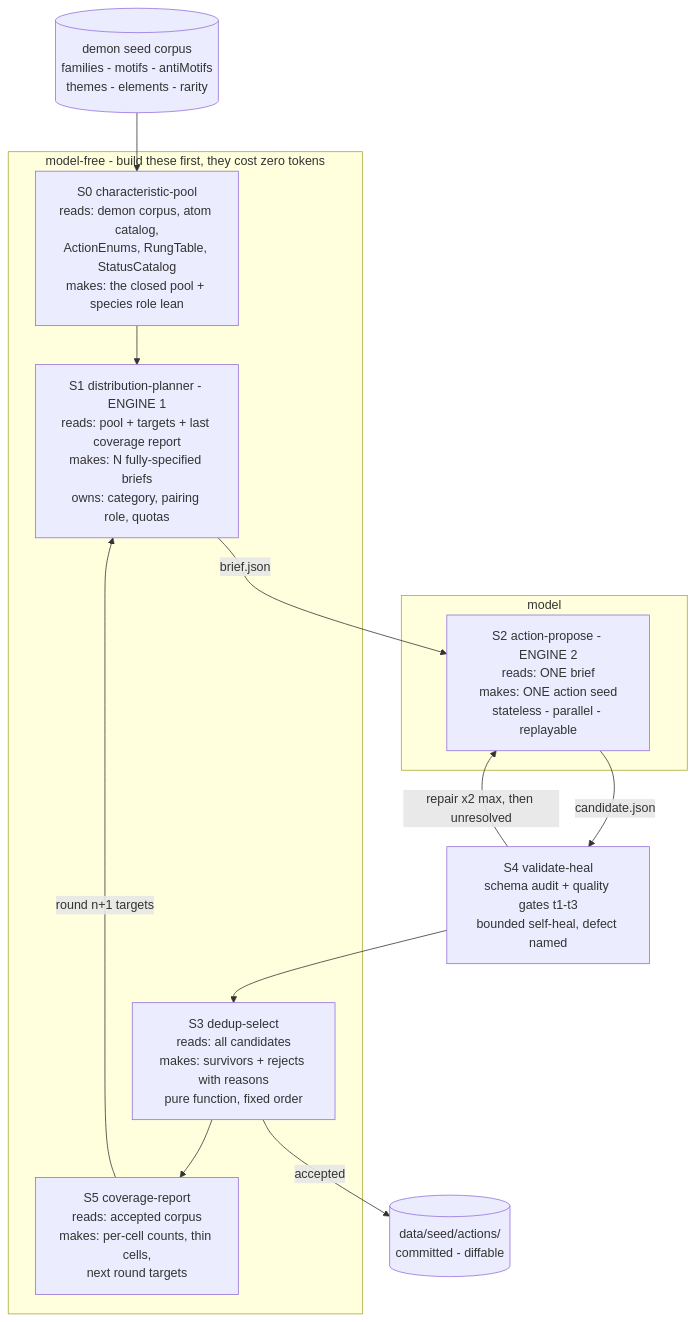
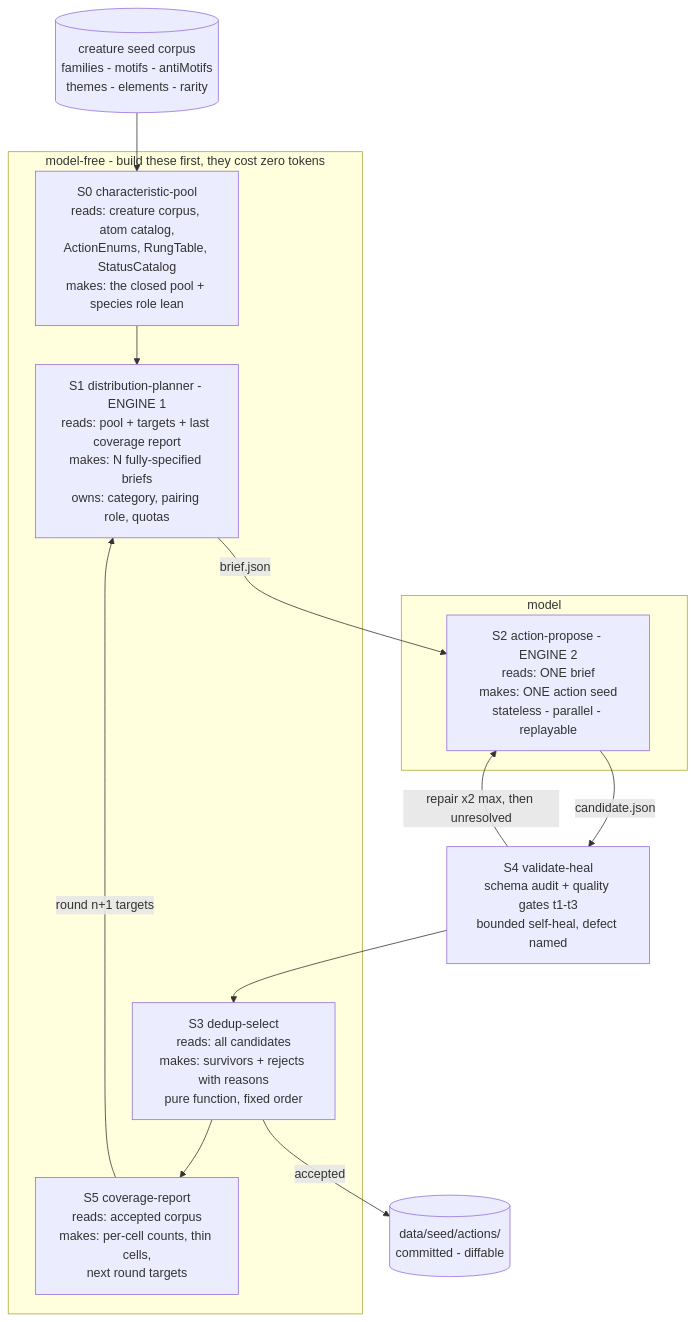
One commit to letuhao/plant-vs-zombie-rise-of-summoner changed the first of 2 diagrams in docs/architecture/action-corpus-ideal.md. Above: the diagram before and after it, drawn with Mermaid. The commit also changed other lines of this file and 4171 other files, not shown here.

````diff
--- a/docs/architecture/action-corpus-ideal.md
+++ b/docs/architecture/action-corpus-ideal.md
@@ -459,27 +459,27 @@
 ```mermaid
 flowchart TD
-  Seed[("demon seed corpus<br/>families - motifs - antiMotifs<br/>themes - elements - rarity")]
+  Seed[("creature seed corpus<br/>families - motifs - antiMotifs<br/>themes - elements - rarity")]
 
   subgraph MF["model-free - build these first, they cost zero tokens"]
-    S0["S0 characteristic-pool<br/>reads: demon corpus, atom catalog,<br/>ActionEnums, RungTable, StatusCatalog<br/>makes: the closed pool + species role lean"]
+    S0["S0 characteristic-pool<br/>reads: creature corpus, atom catalog,<br/>ActionEnums, RungTable, StatusCatalog<br/>makes: the closed pool + species role lean"]
     S1["S1 distribution-planner - ENGINE 1<br/>reads: pool + targets + last coverage report<br/>makes: N fully-specified briefs<br/>owns: category, pairing role, quotas"]
     S3["S3 dedup-select<br/>reads: all candidates<br/>makes: survivors + rejects with reasons<br/>pure function, fixed order"]
     S5["S5 coverage-report<br/>reads: accepted corpus<br/>makes: per-cell counts, thin cells,<br/>next round targets"]
   end
 
   subgraph M["model"]
     S2["S2 action-propose - ENGINE 2<br/>reads: ONE brief<br/>makes: ONE action seed<br/>stateless - parallel - replayable"]
   end
 
   S4["S4 validate-heal<br/>schema audit + quality gates t1-t3<br/>bounded self-heal, defect named"]
 
   Seed --> S0
   S0 --> S1
   S1 -->|"brief.json"| S2
   S2 -->|"candidate.json"| S4
   S4 -->|"repair x2 max, then unresolved"| S2
   S4 --> S3
   S3 --> S5
   S5 -->|"round n+1 targets"| S1
   S3 -->|"accepted"| Corpus[("data/seed/actions/<br/>committed - diffable")]
 ```
````
